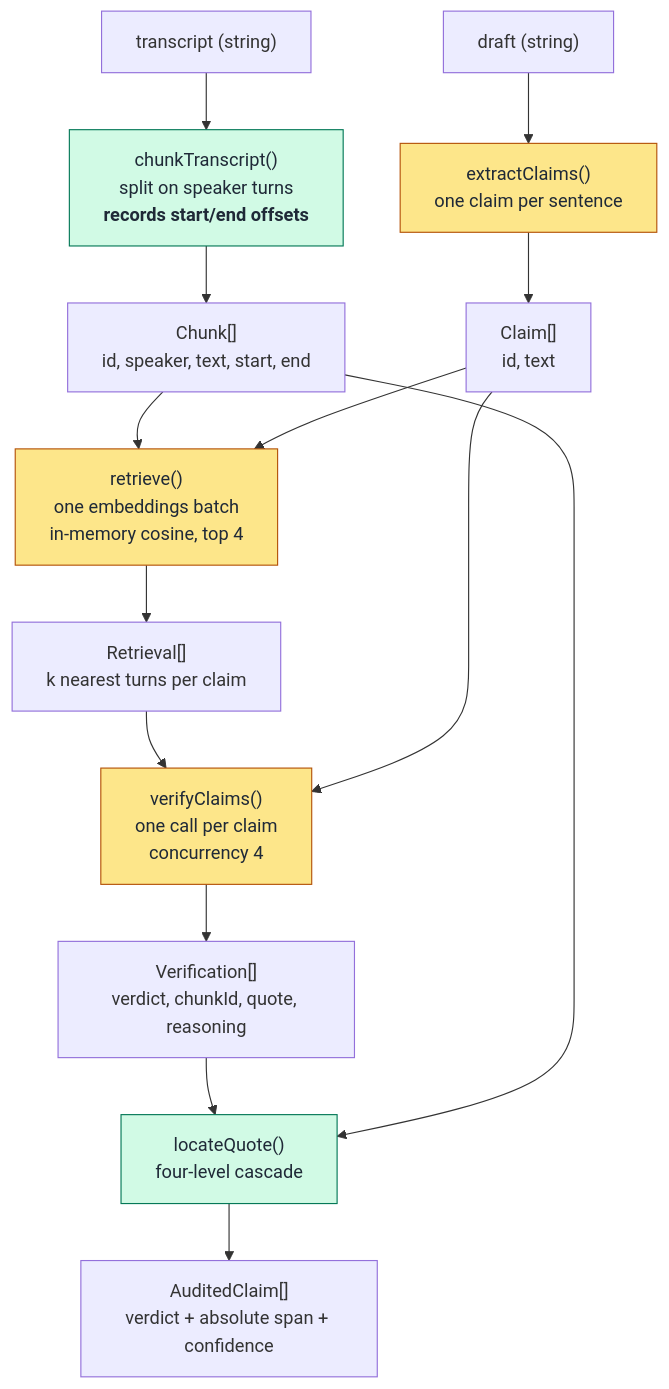
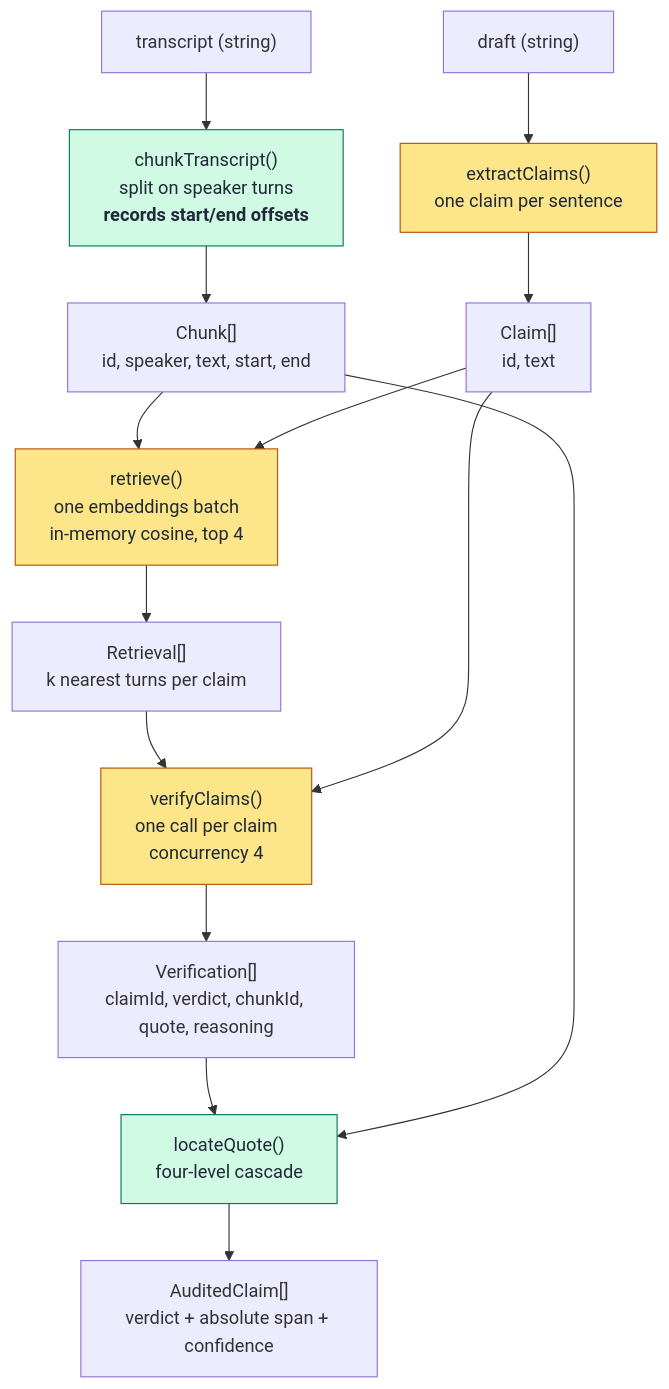
One commit to alegd/claim-trace changed the diagram in docs/architecture.md. Above: the diagram before and after it, drawn with Mermaid. The commit also changed other lines of this file and 17 other files, not shown here.

````diff
--- a/docs/architecture.md
+++ b/docs/architecture.md
@@ -8,28 +8,28 @@
 ```mermaid
 flowchart TD
   T["transcript (string)"] --> CH["chunkTranscript()<br/>split on speaker turns<br/><b>records start/end offsets</b>"]
   D["draft (string)"] --> CL["extractClaims()<br/>one claim per sentence"]
 
   CH --> CHUNKS["Chunk[]<br/>id, speaker, text, start, end"]
   CL --> CLAIMS["Claim[]<br/>id, text"]
 
   CHUNKS --> R["retrieve()<br/>one embeddings batch<br/>in-memory cosine, top 4"]
   CLAIMS --> R
 
   R --> RET["Retrieval[]<br/>k nearest turns per claim"]
 
   RET --> V["verifyClaims()<br/>one call per claim<br/>concurrency 4"]
   CLAIMS --> V
 
-  V --> VER["Verification[]<br/>verdict, chunkId, quote, reasoning"]
+  V --> VER["Verification[]<br/>claimId, verdict, chunkId, quote, reasoning"]
 
   VER --> S["locateQuote()<br/>four-level cascade"]
   CHUNKS --> S
 
   S --> OUT["AuditedClaim[]<br/>verdict + absolute span + confidence"]
 
   classDef llm fill:#fde68a,stroke:#b45309,color:#1f2937
   classDef pure fill:#d1fae5,stroke:#047857,color:#1f2937
   class CL,R,V llm
   class CH,S pure
 ```
````
